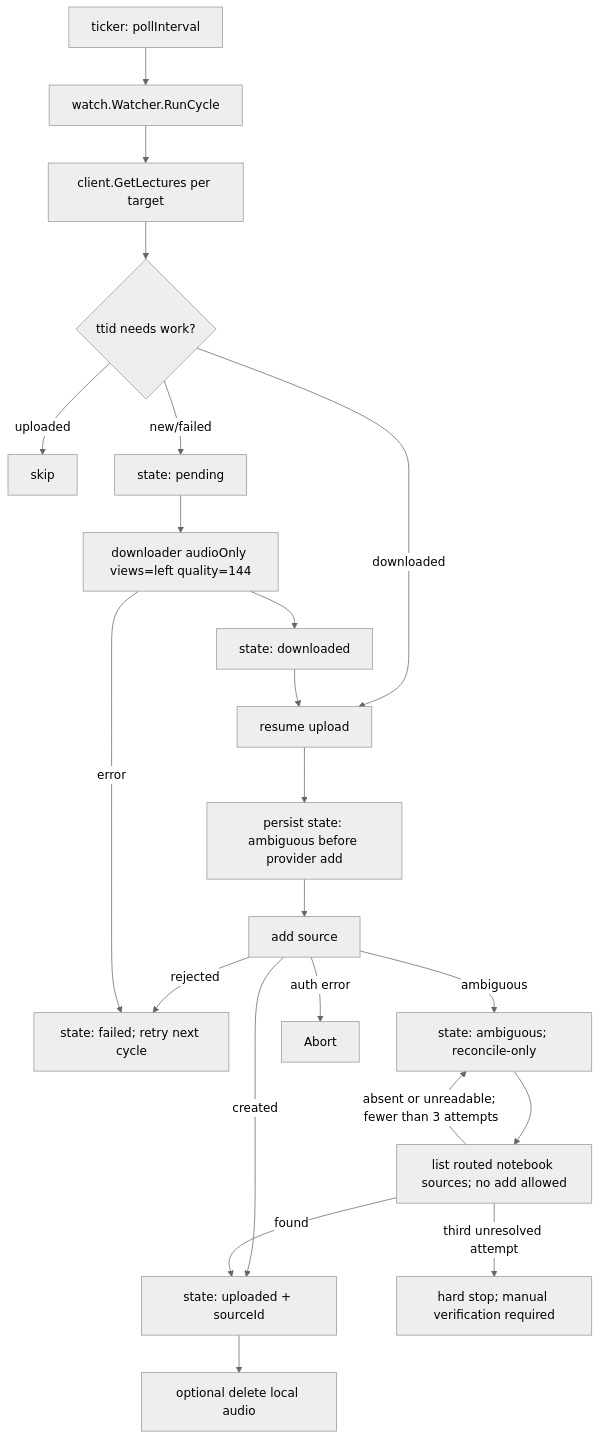
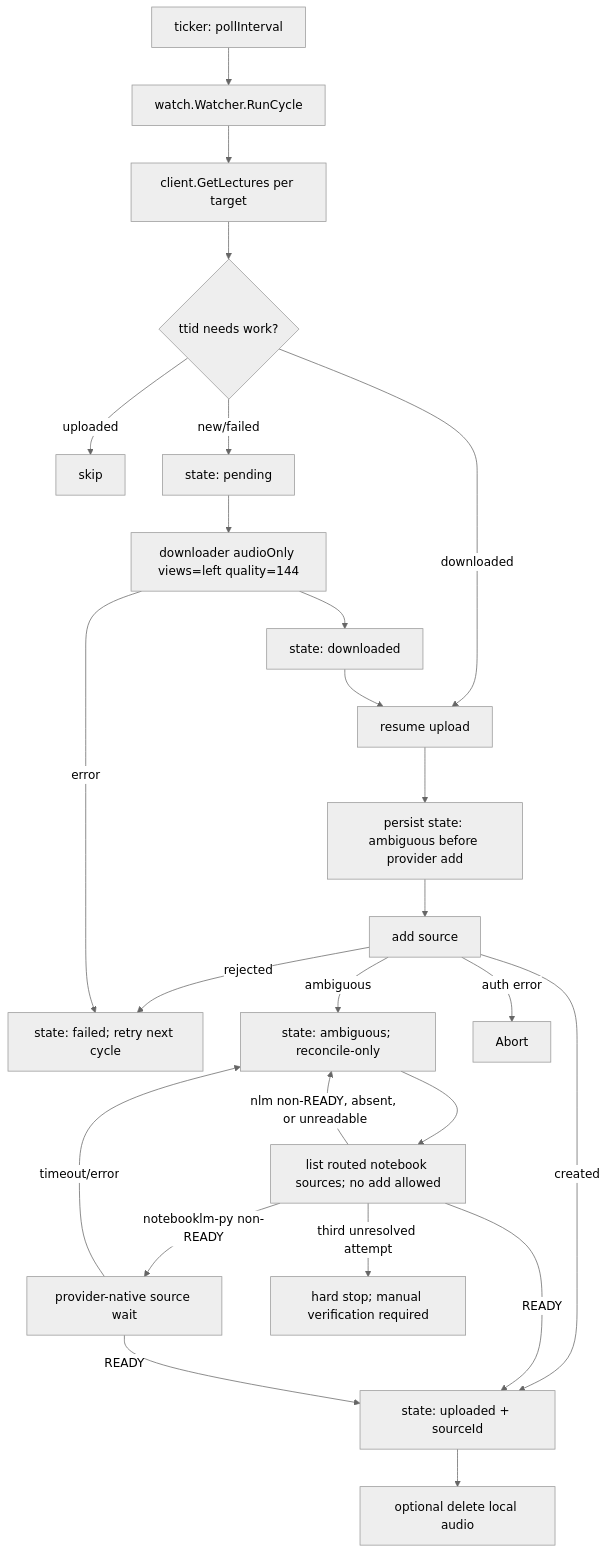
One commit to rabesss/impartus-cli changed the fourth of 6 diagrams in docs/architecture.md. Above: the diagram before and after it, drawn with Mermaid (neutral theme). The commit also changed other lines of this file and 15 other files, not shown here.

````diff
--- a/docs/architecture.md
+++ b/docs/architecture.md
@@ -95,24 +95,27 @@
 ```mermaid
 flowchart TD
   Tick["ticker: pollInterval"] --> Loop
   Loop["watch.Watcher.RunCycle"] --> Fetch["client.GetLectures per target"]
   Fetch --> Diff{"ttid needs work?"}
   Diff -->|uploaded| Skip["skip"]
   Diff -->|downloaded| Up["resume upload"]
   Diff -->|new/failed| Claim["state: pending"]
   Claim --> DL["downloader audioOnly views=left quality=144"]
   DL --> Mark1["state: downloaded"]
   Mark1 --> Up
   Up --> Intent["persist state: ambiguous before provider add"]
   Intent --> Add["add source"]
   Add -->|created| Mark2["state: uploaded + sourceId"]
   Add -->|rejected| Retry["state: failed; retry next cycle"]
   Add -->|ambiguous| Hold["state: ambiguous; reconcile-only"]
   Hold --> SafeRecon["list routed notebook sources; no add allowed"]
-  SafeRecon -->|found| Mark2
-  SafeRecon -->|absent or unreadable; fewer than 3 attempts| Hold
+  SafeRecon -->|READY| Mark2
+  SafeRecon -->|notebooklm-py non-READY| Wait["provider-native source wait"]
+  Wait -->|READY| Mark2
+  Wait -->|timeout/error| Hold
+  SafeRecon -->|nlm non-READY, absent, or unreadable| Hold
   SafeRecon -->|third unresolved attempt| Stop["hard stop; manual verification required"]
   Mark2 --> Clean["optional delete local audio"]
   DL -->|error| Retry
   Add -->|auth error| Abort
 ```
````
